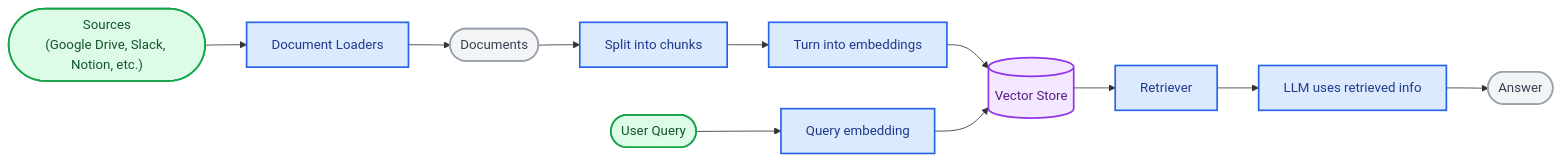
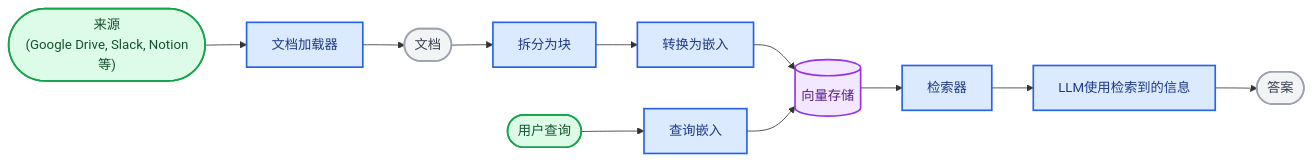
One commit to kunfan96/cndocs-langchain changed the first of 4 diagrams in oss/javascript/langchain/retrieval.mdx. Above: the diagram before and after it, drawn with Mermaid. The commit also changed other lines of this file and 505 other files, not shown here.

````diff
--- a/oss/javascript/langchain/retrieval.mdx
+++ b/oss/javascript/langchain/retrieval.mdx
@@ -47,23 +46,23 @@
 ```mermaid
 flowchart LR
-  S(["Sources<br>(Google Drive, Slack, Notion, etc.)"]) --> L[Document Loaders]
-  L --> A([Documents])
-  A --> B[Split into chunks]
-  B --> C[Turn into embeddings]
-  C --> D[(Vector Store)]
-  Q([User Query]) --> E[Query embedding]
+  S(["来源<br>(Google Drive, Slack, Notion等)"]) --> L[文档加载器]
+  L --> A([文档])
+  A --> B[拆分为块]
+  B --> C[转换为嵌入]
+  C --> D[(向量存储)]
+  Q([用户查询]) --> E[查询嵌入]
   E --> D
-  D --> F[Retriever]
-  F --> G[LLM uses retrieved info]
-  G --> H([Answer])
+  D --> F[检索器]
+  F --> G[LLM使用检索到的信息]
+  G --> H([答案])
 
   classDef trigger fill:#DCFCE7,stroke:#16A34A,stroke-width:2px,color:#14532D
   classDef process fill:#DBEAFE,stroke:#2563EB,stroke-width:2px,color:#1E3A8A
   classDef output fill:#F3E8FF,stroke:#9333EA,stroke-width:2px,color:#581C87
   classDef neutral fill:#F3F4F6,stroke:#9CA3AF,stroke-width:2px,color:#374151
 
   class S,Q trigger
   class L,B,C,E,F,G process
   class D output
   class A,H neutral
 ```
````
